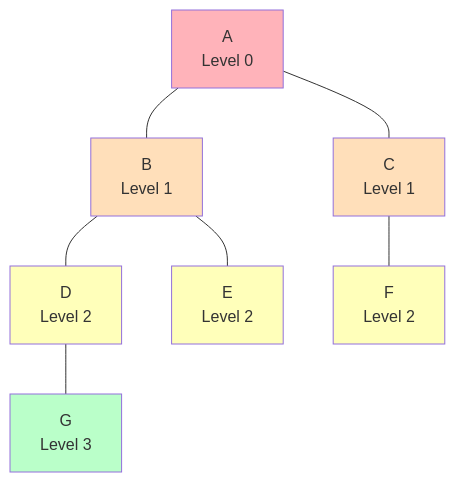
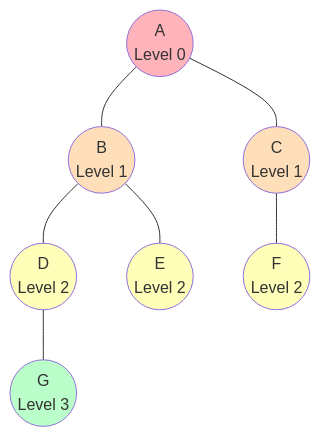
One commit to ARYAN-KUMAR-22/dsa changed diagram 15 of 23 in tree/01_tree_terminology.md. Above: the diagram before and after it, drawn with Mermaid. The commit also changed other lines of this file, not shown here.

Commit message:
Convert all node representations to circles in tree diagrams for consistent visualization

````diff
--- a/tree/01_tree_terminology.md
+++ b/tree/01_tree_terminology.md
@@ -486,25 +486,25 @@
 ```mermaid
 graph TD
-    A["A<br/>Level 0"]
-    B["B<br/>Level 1"]
-    C["C<br/>Level 1"]
-    D["D<br/>Level 2"]
-    E["E<br/>Level 2"]
-    F["F<br/>Level 2"]
-    G["G<br/>Level 3"]
+    A((A<br/>Level 0))
+    B((B<br/>Level 1))
+    C((C<br/>Level 1))
+    D((D<br/>Level 2))
+    E((E<br/>Level 2))
+    F((F<br/>Level 2))
+    G((G<br/>Level 3))
     
     A --- B
     A --- C
     B --- D
     B --- E
     C --- F
     D --- G
     
     style A fill:#ffb3ba
     style B fill:#ffdfba
     style C fill:#ffdfba
     style D fill:#ffffba
     style E fill:#ffffba
     style F fill:#ffffba
     style G fill:#baffc9
 ```
````
